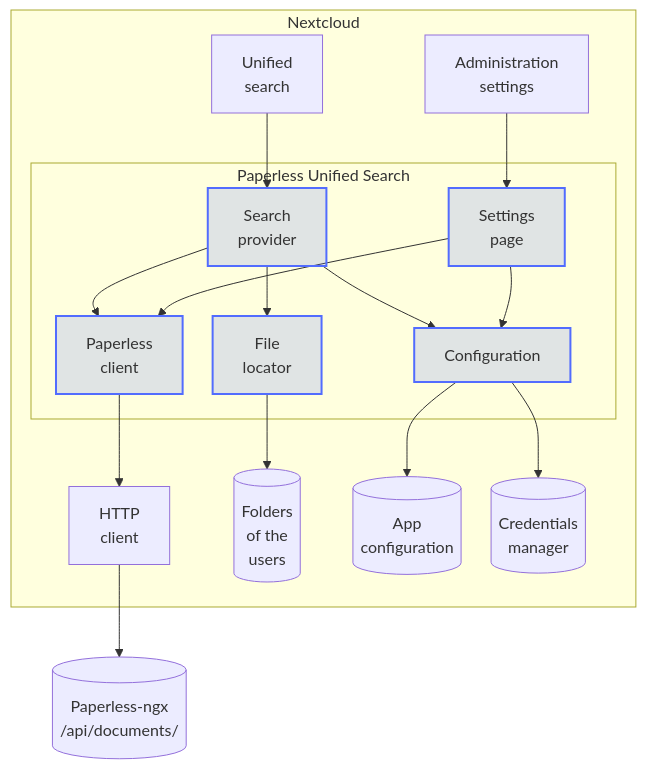
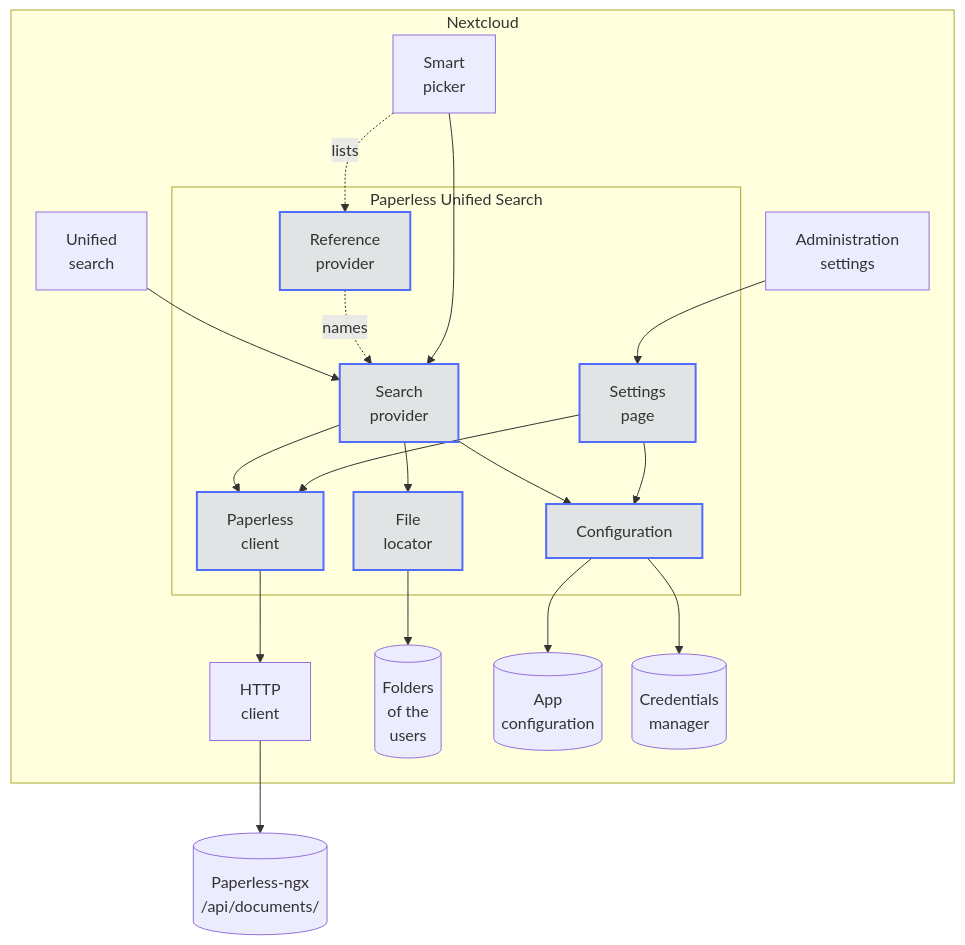
Before and after one commit to Dennis-Otto/paperless-unified-search: the first of 7 diagrams in docs/architecture.md, drawn with Mermaid. The commit also changed other lines of this file and 24 other files, not shown here.

First line of the commit message:
feat: find Paperless documents from the smart picker in Talk, Text, Deck and Mail (#114)

````diff
--- a/docs/architecture.md
+++ b/docs/architecture.md
@@ -15,43 +15,48 @@
 ```mermaid
 ---
 config:
   flowchart:
     wrappingWidth: 400
     nodeSpacing: 30
 ---
 flowchart TB
     accTitle: The components
-    accDescr: Inside Nextcloud, the unified search calls the search provider of the app, and the administration settings call its settings page. The search provider uses the Paperless client, the file locator and the configuration; the settings page uses the Paperless client and the configuration. The Paperless client reaches /api/documents/ of Paperless-ngx through Nextcloud's HTTP client, the file locator looks into the folders of the users, and the configuration keeps its values in the app configuration and the token in the credentials manager.
+    accDescr: Inside Nextcloud, the unified search calls the search provider of the app, and the administration settings call its settings page. The smart picker finds Paperless documents through the reference provider of the app, which names the search provider, and then calls the search provider as the unified search does. The search provider uses the Paperless client, the file locator and the configuration; the settings page uses the Paperless client and the configuration. The Paperless client reaches /api/documents/ of Paperless-ngx through Nextcloud's HTTP client, the file locator looks into the folders of the users, and the configuration keeps its values in the app configuration and the token in the credentials manager.
 
     subgraph nextcloud ["Nextcloud"]
         search["Unified<br>search"]
+        picker["Smart<br>picker"]
         page["Administration<br>settings"]
         subgraph app ["Paperless Unified Search"]
+            reference["Reference<br>provider"]
             provider["Search<br>provider"]
             controller["Settings<br>page"]
             client["Paperless<br>client"]
             locator["File<br>locator"]
             config["Configuration"]
         end
         http["HTTP<br>client"]
         folders[("Folders<br>of the<br>users")]
         appconfig[("App<br>configuration")]
         credentials[("Credentials<br>manager")]
     end
     paperless[("Paperless-ngx<br>/api/documents/")]
 
     search --> provider
+    picker -. "lists" .-> reference
+    reference -. "names" .-> provider
+    picker --> provider
     page --> controller
     provider --> client
     provider --> locator
     provider --> config
     controller --> client
     controller --> config
     client --> http --> paperless
     locator --> folders
     config --> appconfig
     config --> credentials
 
     classDef app fill:#526cfe2e,stroke:#526cfe,stroke-width:2px
-    class provider,controller,client,locator,config app
+    class reference,provider,controller,client,locator,config app
 ```
````
